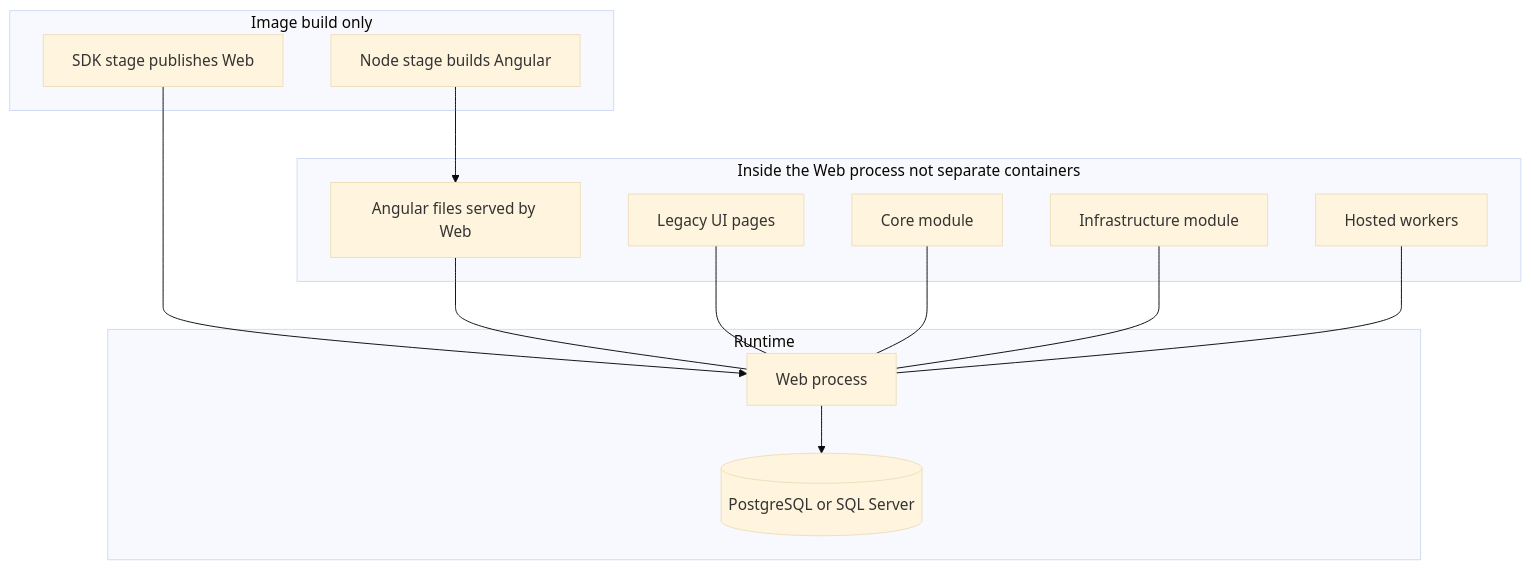
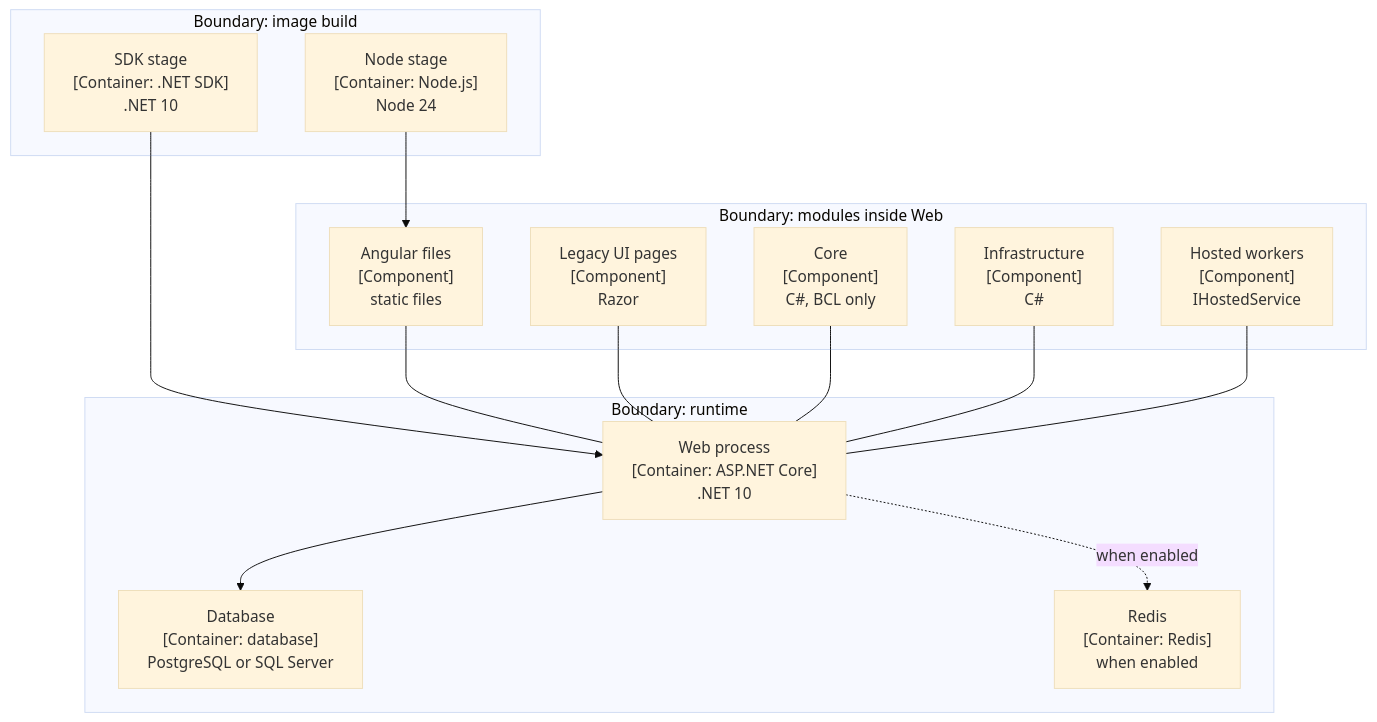
The second of 5 diagrams in docs/presentation/defence-draft/diagrams.md (sabysabashvily/EclipsVault), drawn with Mermaid (base theme) before and after one commit. The commit also changed other lines of this file and 11 other files, not shown here.

First line of the commit message:
Draw the vault as one C4 system and render the diagrams

````diff
--- a/docs/presentation/defence-draft/diagrams.md
+++ b/docs/presentation/defence-draft/diagrams.md
@@ -60,26 +64,28 @@
 ```mermaid
 flowchart TB
-  subgraph build [Image build only]
-    node[Node stage builds Angular]
-    sdk[SDK stage publishes Web]
+  subgraph build ["Boundary: image build"]
+    node["Node stage<br/>[Container: Node.js]<br/>Node 24"]
+    sdk["SDK stage<br/>[Container: .NET SDK]<br/>.NET 10"]
   end
-  subgraph run [Runtime]
-    web[Web process]
-    db[(PostgreSQL or SQL Server)]
+  subgraph run ["Boundary: runtime"]
+    web["Web process<br/>[Container: ASP.NET Core]<br/>.NET 10"]
+    db["Database<br/>[Container: database]<br/>PostgreSQL or SQL Server"]
+    redis["Redis<br/>[Container: Redis]<br/>when enabled"]
   end
-  subgraph inside [Inside the Web process not separate containers]
-    angular[Angular files served by Web]
-    legacy[Legacy UI pages]
-    core[Core module]
-    infra[Infrastructure module]
-    workers[Hosted workers]
+  subgraph inside ["Boundary: modules inside Web"]
+    angular["Angular files<br/>[Component]<br/>static files"]
+    legacy["Legacy UI pages<br/>[Component]<br/>Razor"]
+    core["Core<br/>[Component]<br/>C#, BCL only"]
+    infra["Infrastructure<br/>[Component]<br/>C#"]
+    workers["Hosted workers<br/>[Component]<br/>IHostedService"]
   end
   node --> angular
   sdk --> web
   angular --- web
   legacy --- web
   core --- web
   infra --- web
   workers --- web
   web --> db
+  web -.->|when enabled| redis
 ```
````
